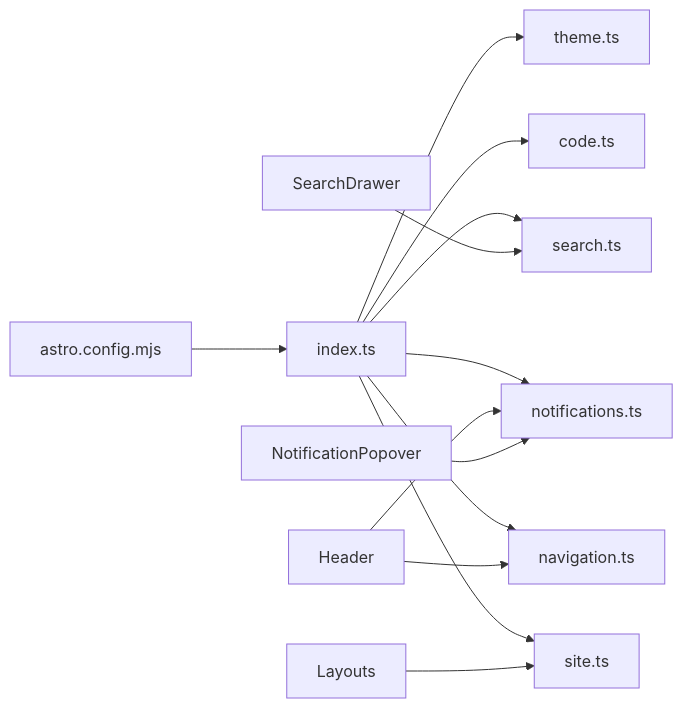
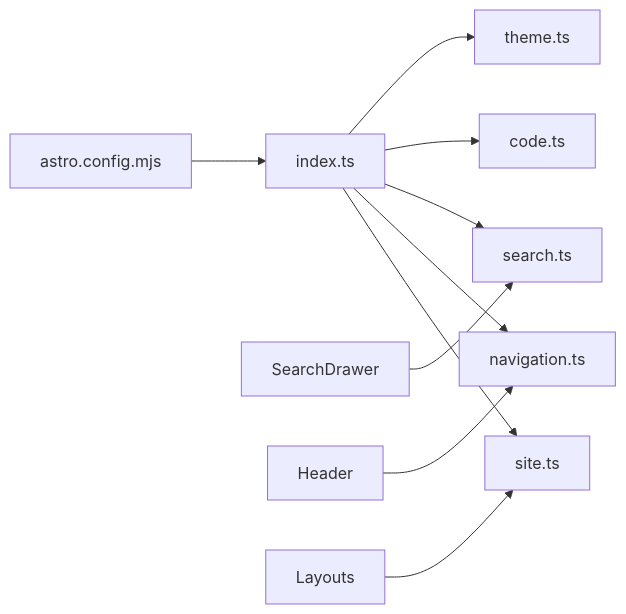
One commit to zhu-jl18/Fish-AI-Handbook changed the diagram in src/config/CLAUDE.md. Above: the diagram before and after it, drawn with Mermaid. The commit also changed other lines of this file and 7 other files, not shown here.

Commit message:
chore: remove notification popover

````diff
--- a/src/config/CLAUDE.md
+++ b/src/config/CLAUDE.md
@@ -50,16 +51,13 @@
 ```mermaid
 graph LR
     index[index.ts] --> site[site.ts]
     index --> navigation[navigation.ts]
     index --> search[search.ts]
-    index --> notifications[notifications.ts]
     index --> code[code.ts]
     index --> theme[theme.ts]
 
     astro[astro.config.mjs] --> index
     SearchDrawer --> search
     Header --> navigation
-    Header --> notifications
-    NotificationPopover --> notifications
     Layouts --> site
 ```
````
